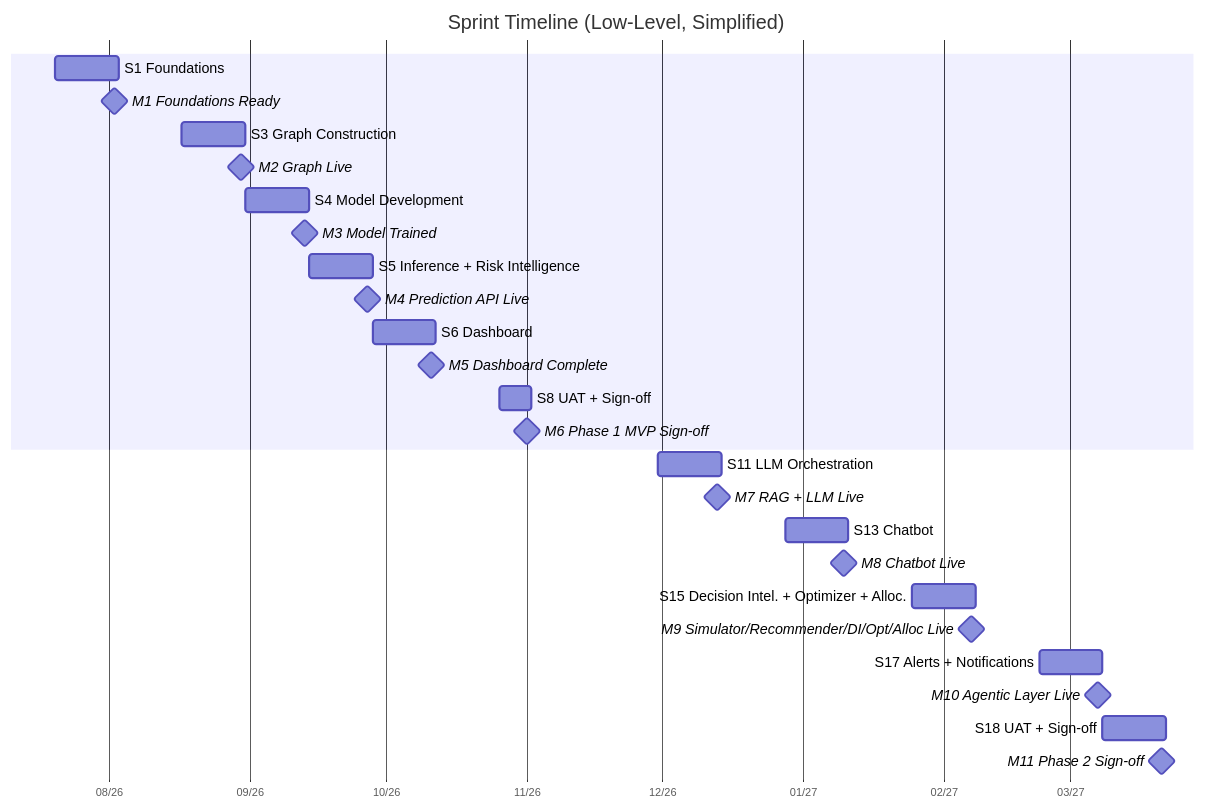
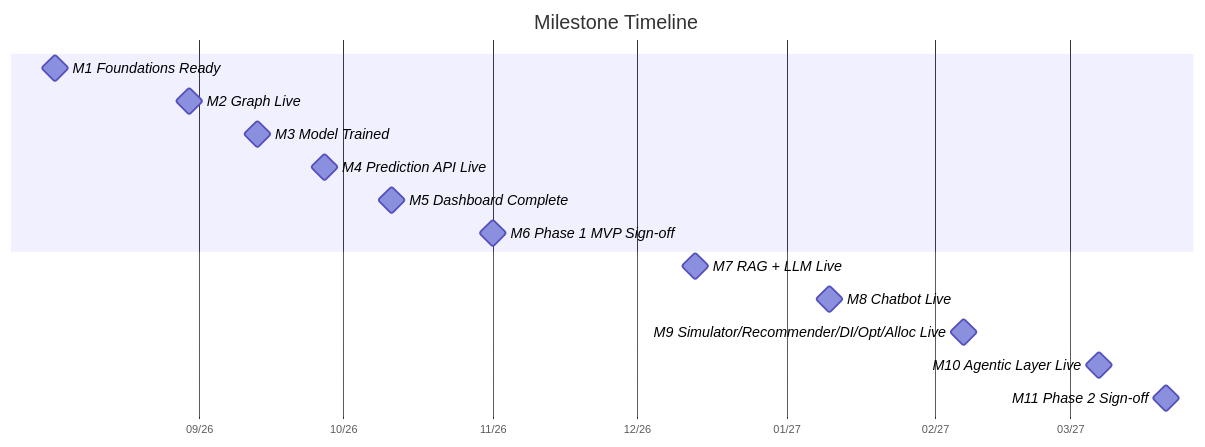
One commit to murali-ftw/ChainPilot changed the third of 4 diagrams in docs/14_Project_Roadmap.md. Above: the diagram before and after it, drawn with Mermaid. The commit also changed other lines of this file, not shown here.

Commit message:
Added Milestone Timeline

````diff
--- a/docs/14_Project_Roadmap.md
+++ b/docs/14_Project_Roadmap.md
@@ -173,30 +173,19 @@
 ```mermaid
 %%{init: {'gantt': {'useMaxWidth': false, 'axisFormat': '%m/%y', 'tickInterval': '1month', 'topPadding': 50, 'leftPadding': 40, 'rightPadding': 50, 'barHeight': 22, 'barGap': 8, 'fontSize': 13, 'sectionFontSize': 13}}}%%
 gantt
-    title Sprint Timeline (Low-Level, Simplified)
+    title Milestone Timeline
     dateFormat YYYY-MM-DD
     section  
-    S1 Foundations                              :2026-07-20, 14d
     M1 Foundations Ready                        :milestone, 2026-08-02, 0d
-    S3 Graph Construction                       :2026-08-17, 14d
     M2 Graph Live                                :milestone, 2026-08-30, 0d
-    S4 Model Development                        :2026-08-31, 14d
     M3 Model Trained                             :milestone, 2026-09-13, 0d
-    S5 Inference + Risk Intelligence             :2026-09-14, 14d
     M4 Prediction API Live                       :milestone, 2026-09-27, 0d
-    S6 Dashboard                                 :2026-09-28, 14d
     M5 Dashboard Complete                        :milestone, 2026-10-11, 0d
-    S8 UAT + Sign-off                            :2026-10-26, 7d
     M6 Phase 1 MVP Sign-off                      :milestone, 2026-11-01, 0d
     section   
-    S11 LLM Orchestration                        :2026-11-30, 14d
     M7 RAG + LLM Live                            :milestone, 2026-12-13, 0d
-    S13 Chatbot                                  :2026-12-28, 14d
-    M8 Chatbot Live                               :milestone, 2027-01-10, 0d
-    S15 Decision Intel. + Optimizer + Alloc.     :2027-01-25, 14d
+    M8 Chatbot Live                              :milestone, 2027-01-10, 0d
     M9 Simulator/Recommender/DI/Opt/Alloc Live   :milestone, 2027-02-07, 0d
-    S17 Alerts + Notifications                   :2027-02-22, 14d
-    M10 Agentic Layer Live                        :milestone, 2027-03-07, 0d
-    S18 UAT + Sign-off                           :2027-03-08, 14d
-    M11 Phase 2 Sign-off                          :milestone, 2027-03-21, 0d
+    M10 Agentic Layer Live                       :milestone, 2027-03-07, 0d
+    M11 Phase 2 Sign-off                         :milestone, 2027-03-21, 0d
 ```
````
